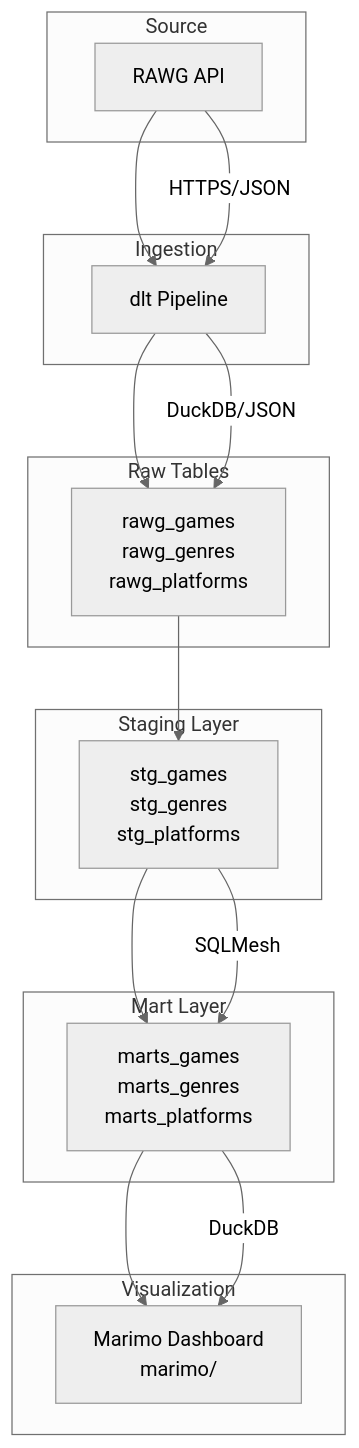
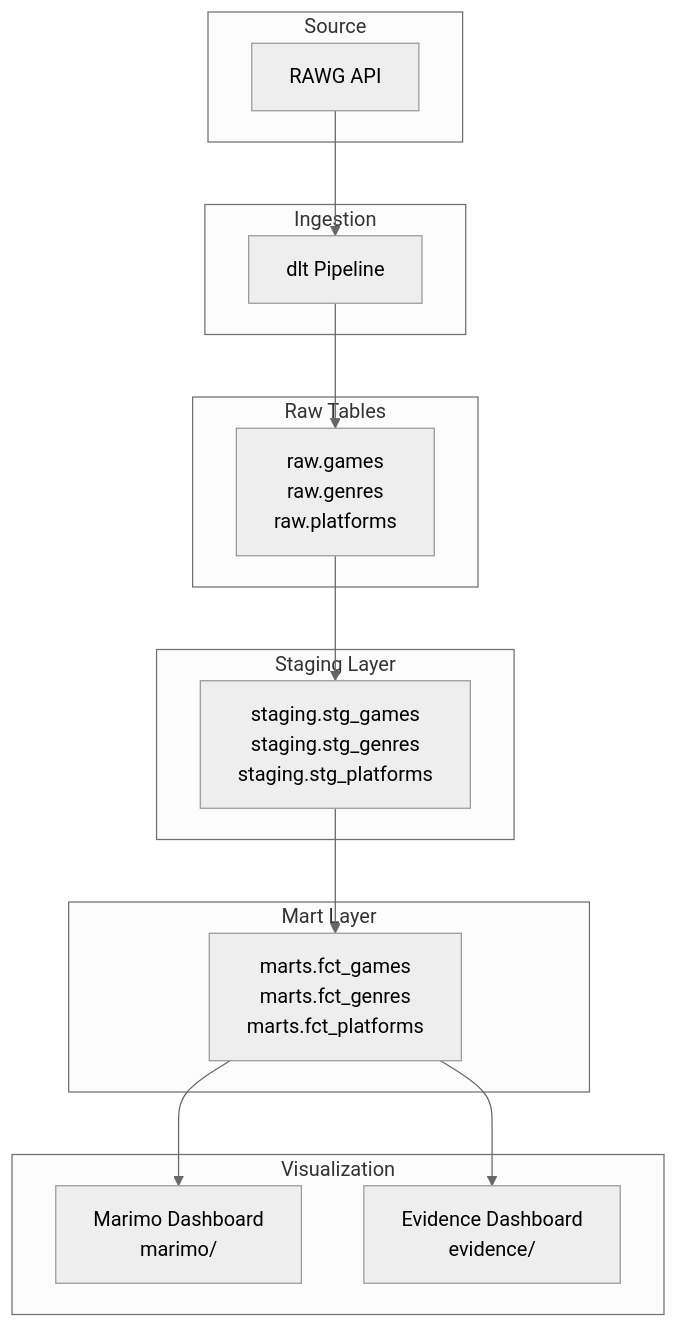
One commit to mohamed-boughattas/gaming-analytics-pipeline changed the second of 2 diagrams in docs/data-flow.md. Above: the diagram before and after it, drawn with Mermaid (neutral theme). The commit also changed other lines of this file and 2 other files, not shown here.

Commit message:
docs: update README, data-flow, and ADRs

````diff
--- a/docs/data-flow.md
+++ b/docs/data-flow.md
@@ -116,37 +108,34 @@
 ```mermaid
 flowchart TD
     subgraph Source
         API[RAWG API]
     end
 
     subgraph Ingestion
         DLT[dlt Pipeline]
     end
 
     subgraph Raw Tables
-        RAWG[rawg_games<br/>rawg_genres<br/>rawg_platforms]
+        RAWG[raw.games<br/>raw.genres<br/>raw.platforms]
     end
 
     subgraph Staging Layer
-        STG[stg_games<br/>stg_genres<br/>stg_platforms]
+        STG[staging.stg_games<br/>staging.stg_genres<br/>staging.stg_platforms]
     end
 
     subgraph Mart Layer
-        MART[marts_games<br/>marts_genres<br/>marts_platforms]
+        MART[marts.fct_games<br/>marts.fct_genres<br/>marts.fct_platforms]
     end
 
     subgraph Visualization
         MARIMO[Marimo Dashboard<br/>marimo/]
+        EVIDENCE[Evidence Dashboard<br/>evidence/]
     end
 
     API --> DLT
     DLT --> RAWG
     RAWG --> STG
     STG --> MART
     MART --> MARIMO
-
-    API -->|HTTPS/JSON| DLT
-    DLT -->|DuckDB/JSON| RAWG
-    STG -->|SQLMesh| MART
-    MART -->|DuckDB| MARIMO
+    MART --> EVIDENCE
 ```
````
